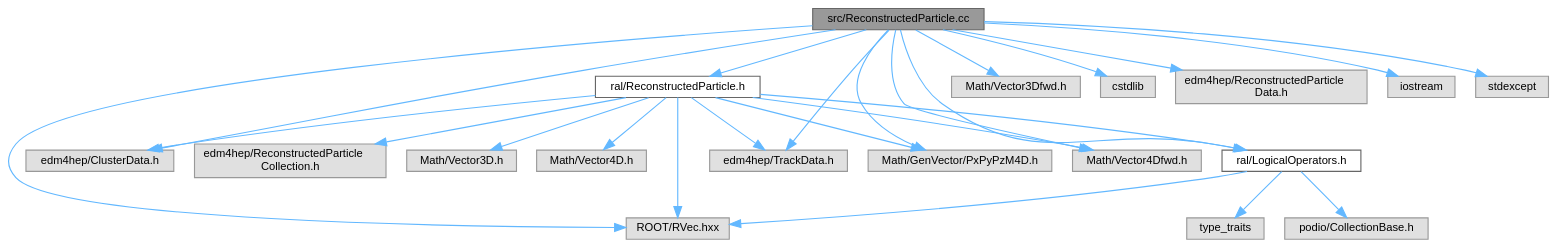
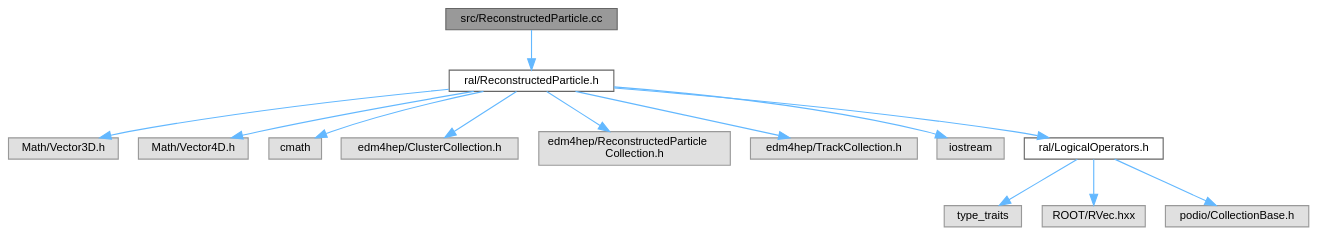
One commit to kjvbrt/ral changed the diagram in docs/ReconstructedParticle_8cc__incl.dot. Above: the diagram before and after it, drawn with Graphviz. The commit also changed 131 other files, not shown here.

```diff
--- a/docs/ReconstructedParticle_8cc__incl.dot
+++ b/docs/ReconstructedParticle_8cc__incl.dot
@@ -1,49 +1,32 @@
 digraph "src/ReconstructedParticle.cc"
 {
  // LATEX_PDF_SIZE
   bgcolor="transparent";
   edge [fontname=Helvetica,fontsize=10,labelfontname=Helvetica,labelfontsize=10];
   node [fontname=Helvetica,fontsize=10,shape=box,height=0.2,width=0.4];
   Node1 [id="Node000001",label="src/ReconstructedParticle.cc",height=0.2,width=0.4,color="gray40", fillcolor="grey60", style="filled", fontcolor="black",tooltip=" "];
   Node1 -> Node2 [id="edge1_Node000001_Node000002",color="steelblue1",style="solid",tooltip=" "];
   Node2 [id="Node000002",label="ral/ReconstructedParticle.h",height=0.2,width=0.4,color="grey40", fillcolor="white", style="filled",URL="$ReconstructedParticle_8h.html",tooltip=" "];
   Node2 -> Node3 [id="edge2_Node000002_Node000003",color="steelblue1",style="solid",tooltip=" "];
   Node3 [id="Node000003",label="Math/Vector3D.h",height=0.2,width=0.4,color="grey60", fillcolor="#E0E0E0", style="filled",tooltip=" "];
   Node2 -> Node4 [id="edge3_Node000002_Node000004",color="steelblue1",style="solid",tooltip=" "];
   Node4 [id="Node000004",label="Math/Vector4D.h",height=0.2,width=0.4,color="grey60", fillcolor="#E0E0E0", style="filled",tooltip=" "];
   Node2 -> Node5 [id="edge4_Node000002_Node000005",color="steelblue1",style="solid",tooltip=" "];
-  Node5 [id="Node000005",label="ROOT/RVec.hxx",height=0.2,width=0.4,color="grey60", fillcolor="#E0E0E0", style="filled",tooltip=" "];
+  Node5 [id="Node000005",label="cmath",height=0.2,width=0.4,color="grey60", fillcolor="#E0E0E0", style="filled",tooltip=" "];
   Node2 -> Node6 [id="edge5_Node000002_Node000006",color="steelblue1",style="solid",tooltip=" "];
-  Node6 [id="Node000006",label="edm4hep/ClusterData.h",height=0.2,width=0.4,color="grey60", fillcolor="#E0E0E0", style="filled",tooltip=" "];
+  Node6 [id="Node000006",label="edm4hep/ClusterCollection.h",height=0.2,width=0.4,color="grey60", fillcolor="#E0E0E0", style="filled",tooltip=" "];
   Node2 -> Node7 [id="edge6_Node000002_Node000007",color="steelblue1",style="solid",tooltip=" "];
   Node7 [id="Node000007",label="edm4hep/ReconstructedParticle\lCollection.h",height=0.2,width=0.4,color="grey60", fillcolor="#E0E0E0", style="filled",tooltip=" "];
   Node2 -> Node8 [id="edge7_Node000002_Node000008",color="steelblue1",style="solid",tooltip=" "];
-  Node8 [id="Node000008",label="edm4hep/TrackData.h",height=0.2,width=0.4,color="grey60", fillcolor="#E0E0E0", style="filled",tooltip=" "];
+  Node8 [id="Node000008",label="edm4hep/TrackCollection.h",height=0.2,width=0.4,color="grey60", fillcolor="#E0E0E0", style="filled",tooltip=" "];
   Node2 -> Node9 [id="edge8_Node000002_Node000009",color="steelblue1",style="solid",tooltip=" "];
-  Node9 [id="Node000009",label="ral/LogicalOperators.h",height=0.2,width=0.4,color="grey40", fillcolor="white", style="filled",URL="$LogicalOperators_8h.html",tooltip=" "];
-  Node9 -> Node10 [id="edge9_Node000009_Node000010",color="steelblue1",style="solid",tooltip=" "];
-  Node10 [id="Node000010",label="type_traits",height=0.2,width=0.4,color="grey60", fillcolor="#E0E0E0", style="filled",tooltip=" "];
-  Node9 -> Node5 [id="edge10_Node000009_Node000005",color="steelblue1",style="solid",tooltip=" "];
-  Node9 -> Node11 [id="edge11_Node000009_Node000011",color="steelblue1",style="solid",tooltip=" "];
-  Node11 [id="Node000011",label="podio/CollectionBase.h",height=0.2,width=0.4,color="grey60", fillcolor="#E0E0E0", style="filled",tooltip=" "];
-  Node2 -> Node12 [id="edge12_Node000002_Node000012",color="steelblue1",style="solid",tooltip=" "];
-  Node12 [id="Node000012",label="Math/GenVector/PxPyPzM4D.h",height=0.2,width=0.4,color="grey60", fillcolor="#E0E0E0", style="filled",tooltip=" "];
-  Node2 -> Node13 [id="edge13_Node000002_Node000013",color="steelblue1",style="solid",tooltip=" "];
-  Node13 [id="Node000013",label="Math/Vector4Dfwd.h",height=0.2,width=0.4,color="grey60", fillcolor="#E0E0E0", style="filled",tooltip=" "];
-  Node1 -> Node9 [id="edge14_Node000001_Node000009",color="steelblue1",style="solid",tooltip=" "];
-  Node1 -> Node12 [id="edge15_Node000001_Node000012",color="steelblue1",style="solid",tooltip=" "];
-  Node1 -> Node14 [id="edge16_Node000001_Node000014",color="steelblue1",style="solid",tooltip=" "];
-  Node14 [id="Node000014",label="Math/Vector3Dfwd.h",height=0.2,width=0.4,color="grey60", fillcolor="#E0E0E0", style="filled",tooltip=" "];
-  Node1 -> Node13 [id="edge17_Node000001_Node000013",color="steelblue1",style="solid",tooltip=" "];
-  Node1 -> Node5 [id="edge18_Node000001_Node000005",color="steelblue1",style="solid",tooltip=" "];
-  Node1 -> Node15 [id="edge19_Node000001_Node000015",color="steelblue1",style="solid",tooltip=" "];
-  Node15 [id="Node000015",label="cstdlib",height=0.2,width=0.4,color="grey60", fillcolor="#E0E0E0", style="filled",tooltip=" "];
-  Node1 -> Node6 [id="edge20_Node000001_Node000006",color="steelblue1",style="solid",tooltip=" "];
-  Node1 -> Node16 [id="edge21_Node000001_Node000016",color="steelblue1",style="solid",tooltip=" "];
-  Node16 [id="Node000016",label="edm4hep/ReconstructedParticle\lData.h",height=0.2,width=0.4,color="grey60", fillcolor="#E0E0E0", style="filled",tooltip=" "];
-  Node1 -> Node8 [id="edge22_Node000001_Node000008",color="steelblue1",style="solid",tooltip=" "];
-  Node1 -> Node17 [id="edge23_Node000001_Node000017",color="steelblue1",style="solid",tooltip=" "];
-  Node17 [id="Node000017",label="iostream",height=0.2,width=0.4,color="grey60", fillcolor="#E0E0E0", style="filled",tooltip=" "];
-  Node1 -> Node18 [id="edge24_Node000001_Node000018",color="steelblue1",style="solid",tooltip=" "];
-  Node18 [id="Node000018",label="stdexcept",height=0.2,width=0.4,color="grey60", fillcolor="#E0E0E0", style="filled",tooltip=" "];
+  Node9 [id="Node000009",label="iostream",height=0.2,width=0.4,color="grey60", fillcolor="#E0E0E0", style="filled",tooltip=" "];
+  Node2 -> Node10 [id="edge9_Node000002_Node000010",color="steelblue1",style="solid",tooltip=" "];
+  Node10 [id="Node000010",label="ral/LogicalOperators.h",height=0.2,width=0.4,color="grey40", fillcolor="white", style="filled",URL="$LogicalOperators_8h.html",tooltip=" "];
+  Node10 -> Node11 [id="edge10_Node000010_Node000011",color="steelblue1",style="solid",tooltip=" "];
+  Node11 [id="Node000011",label="type_traits",height=0.2,width=0.4,color="grey60", fillcolor="#E0E0E0", style="filled",tooltip=" "];
+  Node10 -> Node12 [id="edge11_Node000010_Node000012",color="steelblue1",style="solid",tooltip=" "];
+  Node12 [id="Node000012",label="ROOT/RVec.hxx",height=0.2,width=0.4,color="grey60", fillcolor="#E0E0E0", style="filled",tooltip=" "];
+  Node10 -> Node13 [id="edge12_Node000010_Node000013",color="steelblue1",style="solid",tooltip=" "];
+  Node13 [id="Node000013",label="podio/CollectionBase.h",height=0.2,width=0.4,color="grey60", fillcolor="#E0E0E0", style="filled",tooltip=" "];
 }
```
